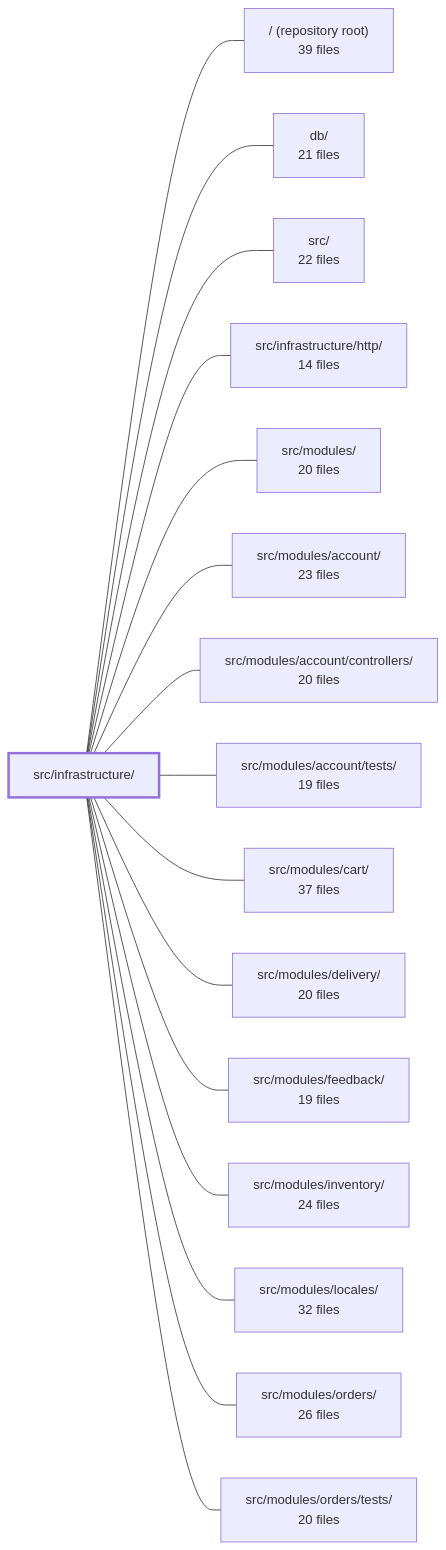
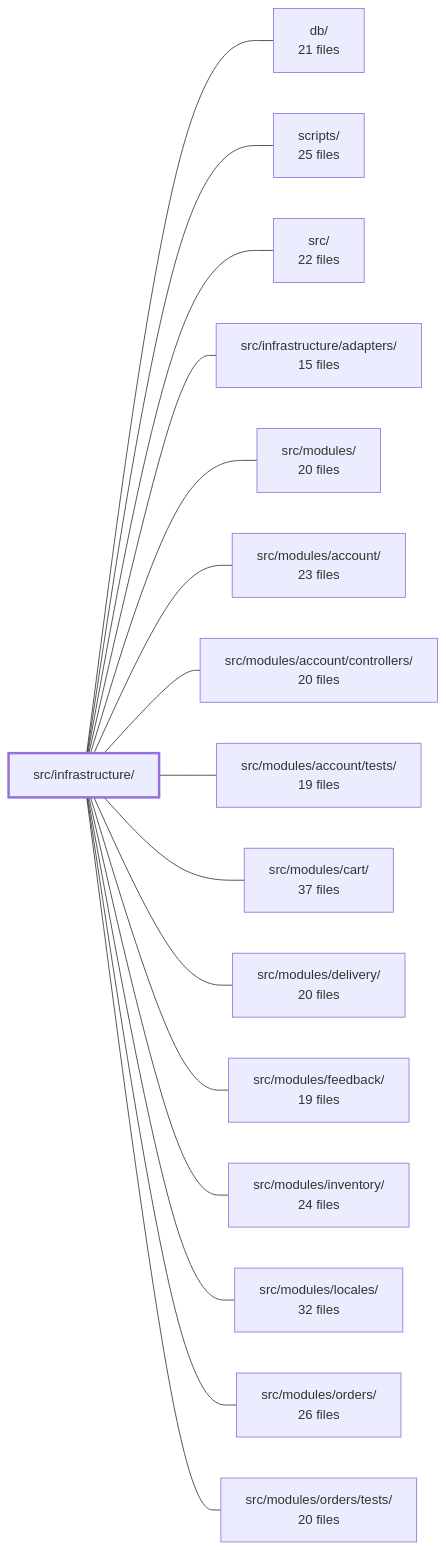
The diagram in .2repo/modules/boilerplate-node-backend_src_infrastructure.md (Guebbit/boilerplate-node-backend), drawn with Mermaid before and after one commit. The commit also changed other lines of this file and 625 other files, not shown here.

````diff
--- a/.2repo/modules/boilerplate-node-backend_src_infrastructure.md
+++ b/.2repo/modules/boilerplate-node-backend_src_infrastructure.md
@@ -40,35 +49,35 @@
 ```mermaid
 flowchart LR
     m_src_infrastructure["src/infrastructure/"]
-    m_root["/ (repository root)<br/>39 files"]
     m_db["db/<br/>21 files"]
+    m_scripts["scripts/<br/>25 files"]
     m_src["src/<br/>22 files"]
-    m_src_infrastructure_http["src/infrastructure/http/<br/>14 files"]
+    m_src_infrastructure_adapters["src/infrastructure/adapters/<br/>15 files"]
     m_src_modules["src/modules/<br/>20 files"]
     m_src_modules_account["src/modules/account/<br/>23 files"]
     m_src_modules_account_controllers["src/modules/account/controllers/<br/>20 files"]
     m_src_modules_account_tests["src/modules/account/tests/<br/>19 files"]
     m_src_modules_cart["src/modules/cart/<br/>37 files"]
     m_src_modules_delivery["src/modules/delivery/<br/>20 files"]
     m_src_modules_feedback["src/modules/feedback/<br/>19 files"]
     m_src_modules_inventory["src/modules/inventory/<br/>24 files"]
     m_src_modules_locales["src/modules/locales/<br/>32 files"]
     m_src_modules_orders["src/modules/orders/<br/>26 files"]
     m_src_modules_orders_tests["src/modules/orders/tests/<br/>20 files"]
-    m_src_infrastructure --- m_root
     m_src_infrastructure --- m_db
+    m_src_infrastructure --- m_scripts
     m_src_infrastructure --- m_src
-    m_src_infrastructure --- m_src_infrastructure_http
+    m_src_infrastructure --- m_src_infrastructure_adapters
     m_src_infrastructure --- m_src_modules
     m_src_infrastructure --- m_src_modules_account
     m_src_infrastructure --- m_src_modules_account_controllers
     m_src_infrastructure --- m_src_modules_account_tests
     m_src_infrastructure --- m_src_modules_cart
     m_src_infrastructure --- m_src_modules_delivery
     m_src_infrastructure --- m_src_modules_feedback
     m_src_infrastructure --- m_src_modules_inventory
     m_src_infrastructure --- m_src_modules_locales
     m_src_infrastructure --- m_src_modules_orders
     m_src_infrastructure --- m_src_modules_orders_tests
     style m_src_infrastructure stroke-width:3px
 ```
````
